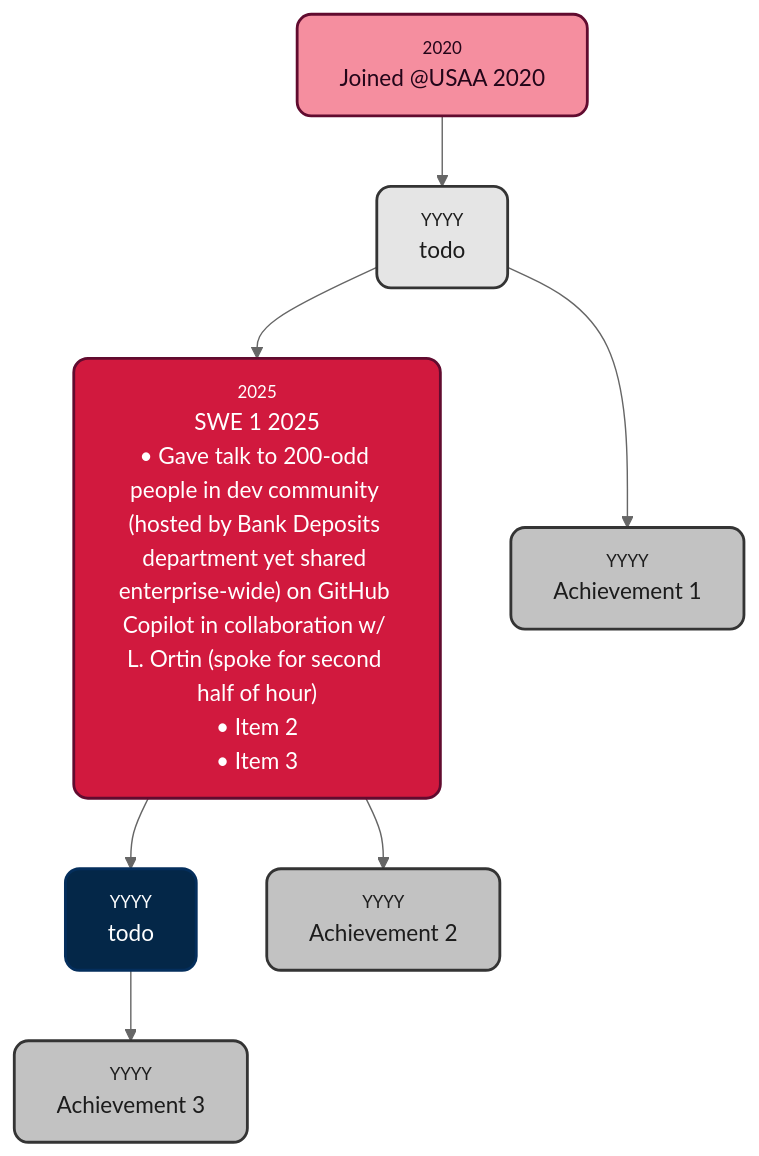
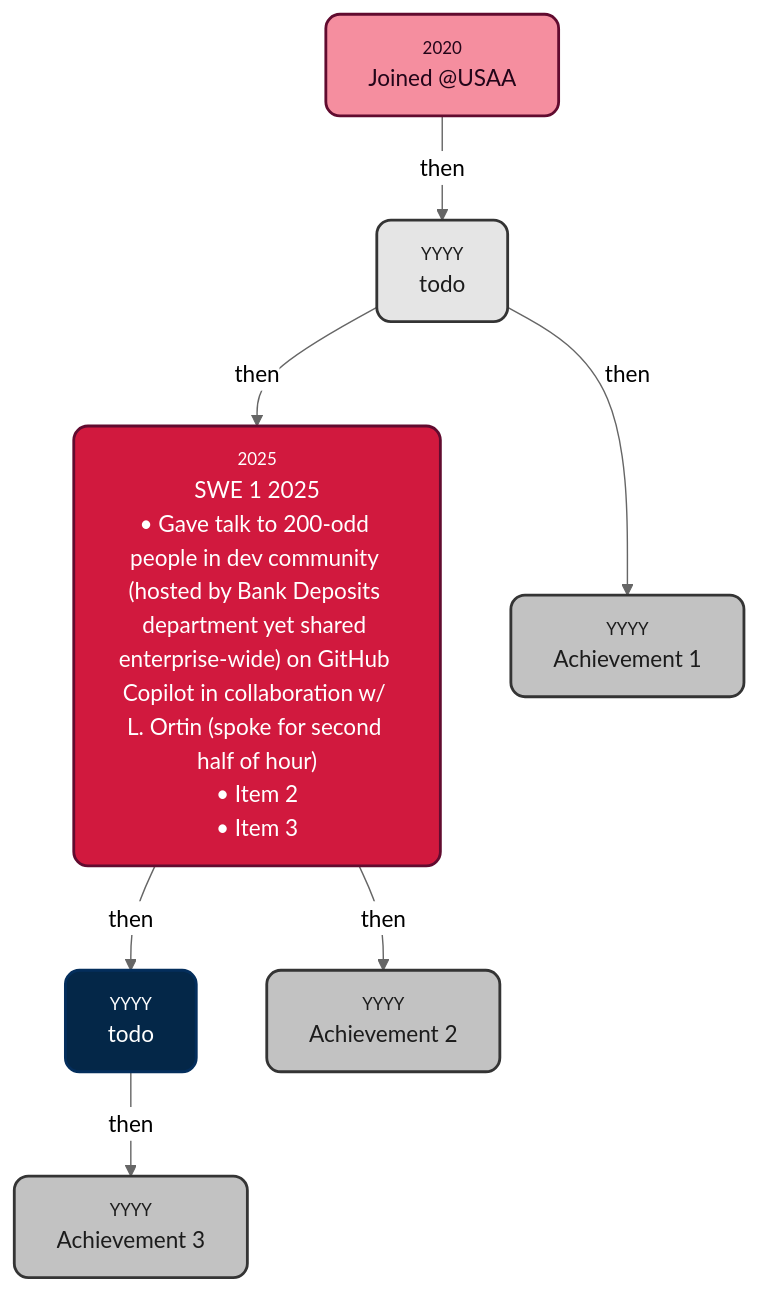
One commit to s-sepanski/portfolio changed the diagram in README.md. Above: the diagram before and after it, drawn with Mermaid (neutral theme). The commit also changed other lines of this file, not shown here.

Commit message:
chore: add labels

````diff
--- a/README.md
+++ b/README.md
@@ -5,18 +13,18 @@
 ```mermaid
 graph TD
-    A["<div style='font-size:75%; color:#848484; text-align:center;'>2020</div>Joined @USAA 2020"] --> B["<div style='font-size:75%; color:#848484; text-align:center;'>YYYY</div>todo"]
-    B --> C["<div style='font-size:75%; color:#848484; text-align:center;'>2025</div>SWE 1 2025<br>• Gave talk to 200-odd people in dev community (hosted by Bank Deposits department yet shared enterprise-wide) on GitHub Copilot in collaboration w/ L. Ortin (spoke for second half of hour)<br>• Item 2<br>• Item 3"]
-    C --> D["<div style='font-size:75%; color:#848484; text-align:center;'>YYYY</div>todo"]
-    B --> E["<div style='font-size:75%; color:#848484; text-align:center;'>YYYY</div>Achievement 1"]
-    C --> F["<div style='font-size:75%; color:#848484; text-align:center;'>YYYY</div>Achievement 2"]
-    D --> G["<div style='font-size:75%; color:#848484; text-align:center;'>YYYY</div>Achievement 3"]
+    A["<div style='font-size:75%; color:#848484; text-align:center;'>2020</div>Joined @USAA"] -->|then| B["<div style='font-size:75%; color:#848484; text-align:center;'>YYYY</div>todo"]
+    B -->|then| C["<div style='font-size:75%; color:#848484; text-align:center;'>2025</div>SWE 1 2025<br>• Gave talk to 200-odd people in dev community (hosted by Bank Deposits department yet shared enterprise-wide) on GitHub Copilot in collaboration w/ L. Ortin (spoke for second half of hour)<br>• Item 2<br>• Item 3"]
+    C -->|then| D["<div style='font-size:75%; color:#848484; text-align:center;'>YYYY</div>todo"]
+    B -->|then| E["<div style='font-size:75%; color:#848484; text-align:center;'>YYYY</div>Achievement 1"]
+    C -->|then| F["<div style='font-size:75%; color:#848484; text-align:center;'>YYYY</div>Achievement 2"]
+    D -->|then| G["<div style='font-size:75%; color:#848484; text-align:center;'>YYYY</div>Achievement 3"]
     style A fill:#f58e9f,stroke:#610b2f,stroke-width:2px,color:#230519
     style B fill:#e5e5e5,stroke:#343434,stroke-width:2px,color:#1c1c1c
     style C fill:#d1193e,stroke:#610b2f,stroke-width:2px,color:#FFFFFF
     style D fill:#042748,stroke:#042e5c,stroke-width:2px,color:#FFFFFF
     style E fill:#c2c2c2,stroke:#343434,stroke-width:2px,color:#1c1c1c
     style F fill:#c2c2c2,stroke:#343434,stroke-width:2px,color:#1c1c1c
     style G fill:#c2c2c2,stroke:#343434,stroke-width:2px,color:#1c1c1c
     classDef rounded stroke-width:2px,rx:10,ry:10;
     class A,B,C,D,E,F,G rounded;
 ```
````
